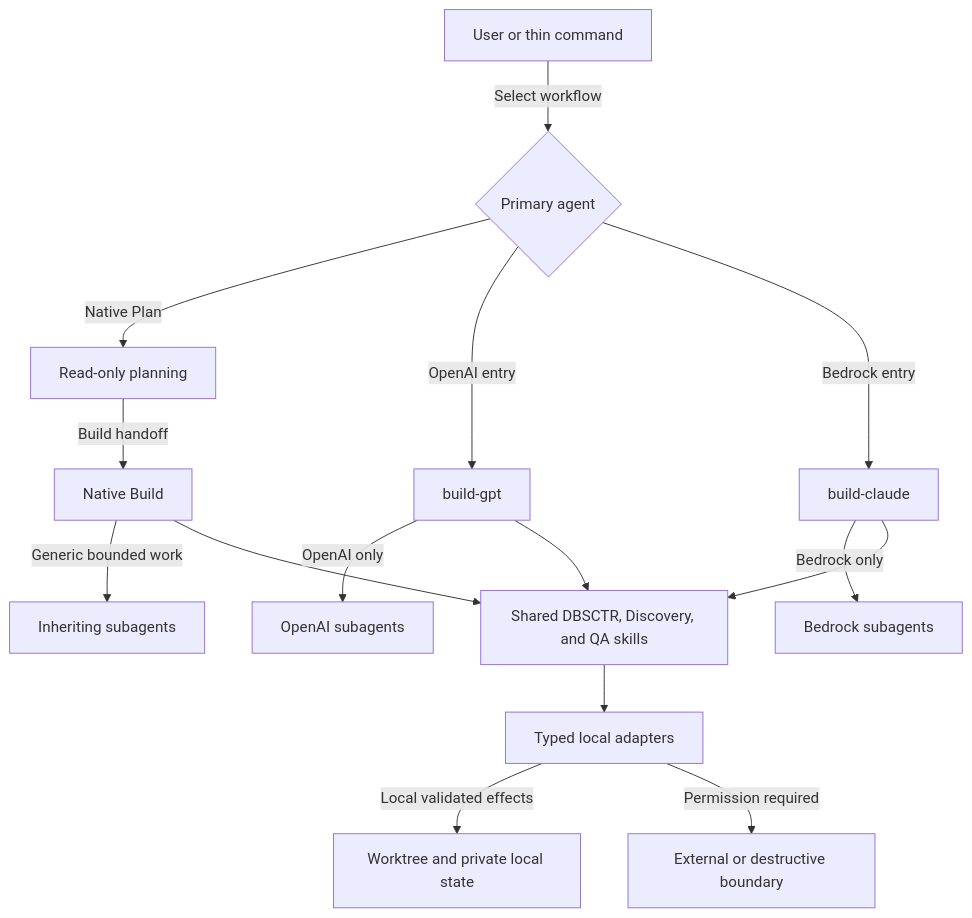
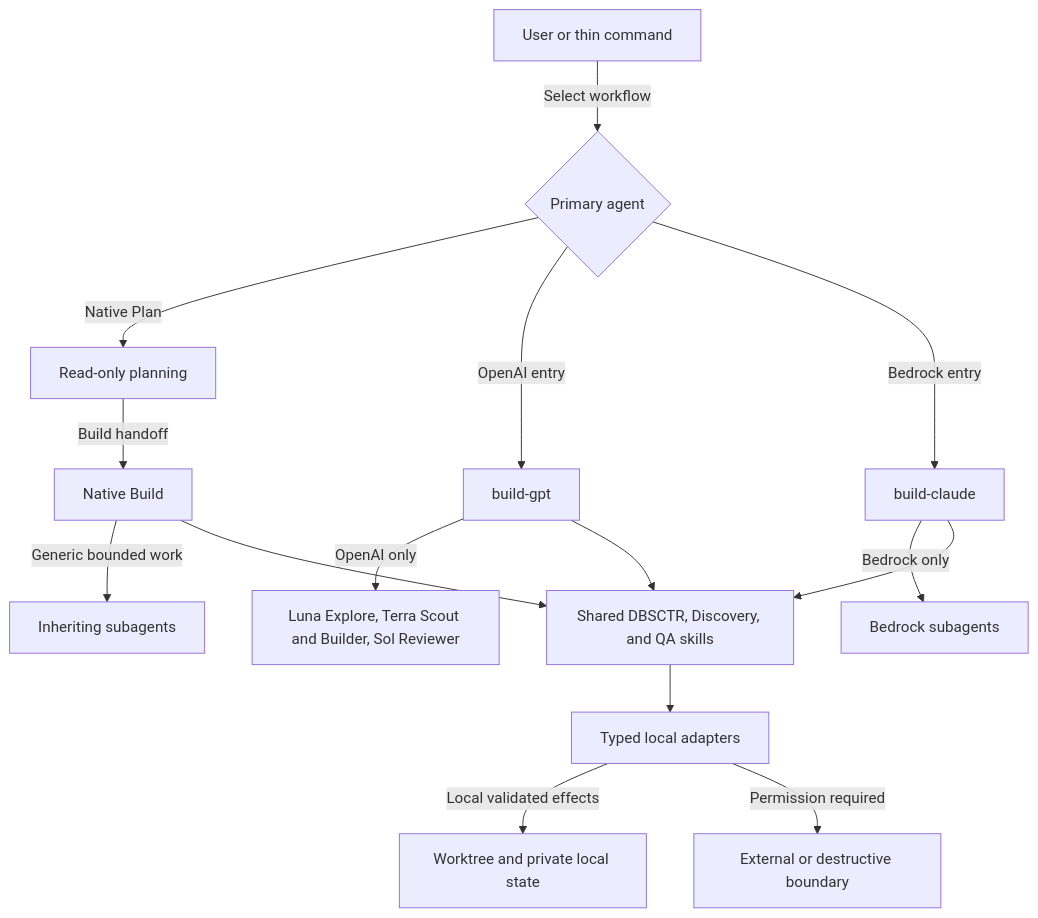
Before and after one commit to Saltiola7/dotfiles-ai: the first of 2 diagrams in docs/specs/opencode_control_plane/README.md, drawn with Mermaid. The commit also changed other lines of this file and 2 other files, not shown here.

Commit message:
docs(opencode): specify Luna routing

````diff
--- a/docs/specs/opencode_control_plane/README.md
+++ b/docs/specs/opencode_control_plane/README.md
@@ -93,19 +102,19 @@
 ```mermaid
 flowchart TD
     accTitle: OpenCode provider-affine control plane
-    accDescr: Thin commands select native or provider-affine primary agents. Plan remains read-only and hands approved scope to Build. Build may use only same-provider bounded subagents, loads shared lifecycle skills and typed adapters, and asks permission before external or destructive effects.
+    accDescr: Thin commands select native or provider-affine primary agents. Plan remains read-only and hands approved scope to Build. OpenAI routes read-only Explore to Luna, Scout and Builder to Terra, and explicit review to Sol. Build may use only same-provider bounded subagents, loads shared lifecycle skills and typed adapters, and asks permission before external or destructive effects.
     U[User or thin command] -->|Select workflow| P{Primary agent}
     P -->|Native Plan| N[Read-only planning]
     N -->|Build handoff| B[Native Build]
     P -->|OpenAI entry| G[build-gpt]
     P -->|Bedrock entry| C[build-claude]
     B -->|Generic bounded work| X[Inheriting subagents]
-    G -->|OpenAI only| O[OpenAI subagents]
+    G -->|OpenAI only| O[Luna Explore, Terra Scout and Builder, Sol Reviewer]
     C -->|Bedrock only| A[Bedrock subagents]
     B --> S[Shared DBSCTR, Discovery, and QA skills]
     G --> S
     C --> S
     S --> T[Typed local adapters]
     T -->|Local validated effects| W[Worktree and private local state]
     T -->|Permission required| E[External or destructive boundary]
 ```
````
